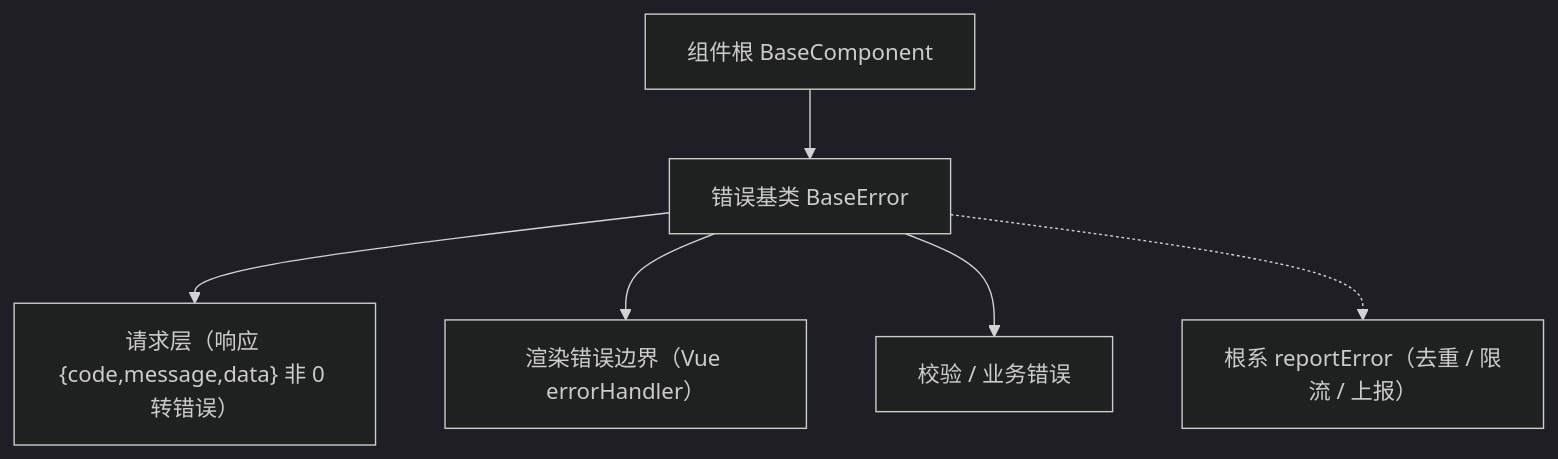
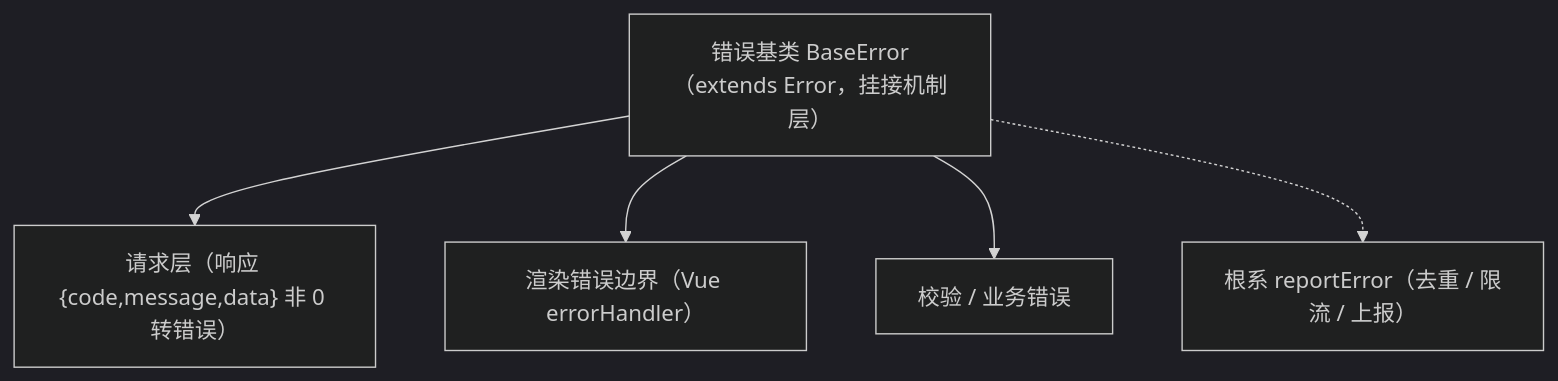
One commit to minjian123/basic-management-system changed the diagram in bms文档/设计/组件设计/02_基础组件类/01_机制基类/07_组件设计_错误基类/07_组件设计_错误基类.md. Above: the diagram before and after it, drawn with Mermaid (dark theme). The commit also changed other lines of this file and 49 other files, not shown here.

````diff
--- a/bms文档/设计/组件设计/02_基础组件类/01_机制基类/07_组件设计_错误基类/07_组件设计_错误基类.md
+++ b/bms文档/设计/组件设计/02_基础组件类/01_机制基类/07_组件设计_错误基类/07_组件设计_错误基类.md
@@ -15,8 +15,8 @@
 ```mermaid
 flowchart TD
-    COMP["组件根 BaseComponent"] --> ERR["错误基类 BaseError"]
+    ERR["错误基类 BaseError（extends Error，挂接机制层）"]
     ERR --> API["请求层（响应 {code,message,data} 非 0 转错误）"]
     ERR --> BOUND["渲染错误边界（Vue errorHandler）"]
     ERR --> FORM["校验 / 业务错误"]
     ERR -.-> ROOT["根系 reportError（去重 / 限流 / 上报）"]
 ```
````
